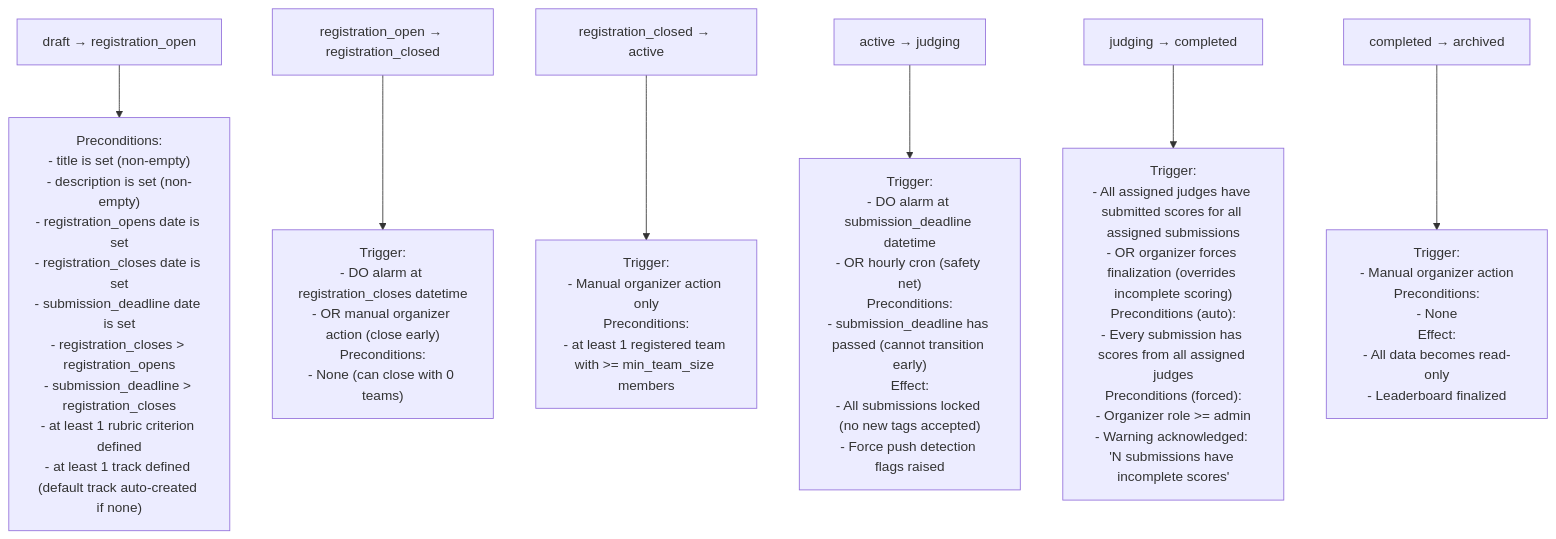
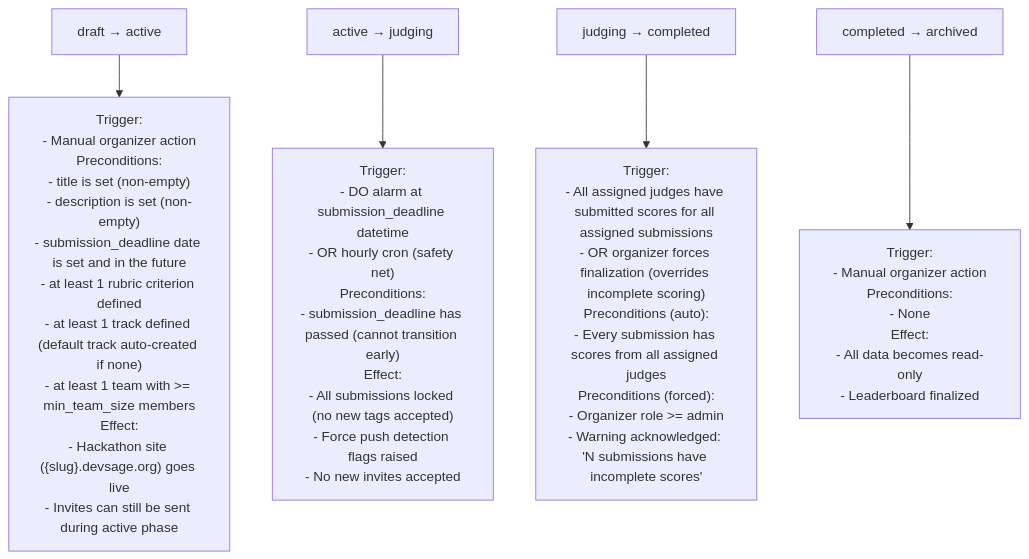
One commit to devangshupandey2025-stack/DevSage changed the second of 7 diagrams in docs/v3/planned/hackathon-lifecycle.md. Above: the diagram before and after it, drawn with Mermaid. The commit also changed other lines of this file, not shown here.

First line of the commit message:
docs(lifecycle): reduce to 5 states, remove registration window

````diff
--- a/docs/v3/planned/hackathon-lifecycle.md
+++ b/docs/v3/planned/hackathon-lifecycle.md
@@ -116,14 +113,10 @@
 ```mermaid
 flowchart TD
-    A["draft → registration_open"] --> A1["Preconditions:<br/>- title is set (non-empty)<br/>- description is set (non-empty)<br/>- registration_opens date is set<br/>- registration_closes date is set<br/>- submission_deadline date is set<br/>- registration_closes > registration_opens<br/>- submission_deadline > registration_closes<br/>- at least 1 rubric criterion defined<br/>- at least 1 track defined (default track auto-created if none)"]
+    A["draft → active"] --> A1["Trigger:<br/>- Manual organizer action<br/>Preconditions:<br/>- title is set (non-empty)<br/>- description is set (non-empty)<br/>- submission_deadline date is set and in the future<br/>- at least 1 rubric criterion defined<br/>- at least 1 track defined (default track auto-created if none)<br/>- at least 1 team with >= min_team_size members<br/>Effect:<br/>- Hackathon site ({slug}.devsage.org) goes live<br/>- Invites can still be sent during active phase"]
 
-    B["registration_open → registration_closed"] --> B1["Trigger:<br/>- DO alarm at registration_closes datetime<br/>- OR manual organizer action (close early)<br/>Preconditions:<br/>- None (can close with 0 teams)"]
-
-    C["registration_closed → active"] --> C1["Trigger:<br/>- Manual organizer action only<br/>Preconditions:<br/>- at least 1 registered team with >= min_team_size members"]
-
-    D["active → judging"] --> D1["Trigger:<br/>- DO alarm at submission_deadline datetime<br/>- OR hourly cron (safety net)<br/>Preconditions:<br/>- submission_deadline has passed (cannot transition early)<br/>Effect:<br/>- All submissions locked (no new tags accepted)<br/>- Force push detection flags raised"]
+    D["active → judging"] --> D1["Trigger:<br/>- DO alarm at submission_deadline datetime<br/>- OR hourly cron (safety net)<br/>Preconditions:<br/>- submission_deadline has passed (cannot transition early)<br/>Effect:<br/>- All submissions locked (no new tags accepted)<br/>- Force push detection flags raised<br/>- No new invites accepted"]
 
     E["judging → completed"] --> E1["Trigger:<br/>- All assigned judges have submitted scores for all assigned submissions<br/>- OR organizer forces finalization (overrides incomplete scoring)<br/>Preconditions (auto):<br/>- Every submission has scores from all assigned judges<br/>Preconditions (forced):<br/>- Organizer role >= admin<br/>- Warning acknowledged: 'N submissions have incomplete scores'"]
 
     F["completed → archived"] --> F1["Trigger:<br/>- Manual organizer action<br/>Preconditions:<br/>- None<br/>Effect:<br/>- All data becomes read-only<br/>- Leaderboard finalized"]
 ```
````
